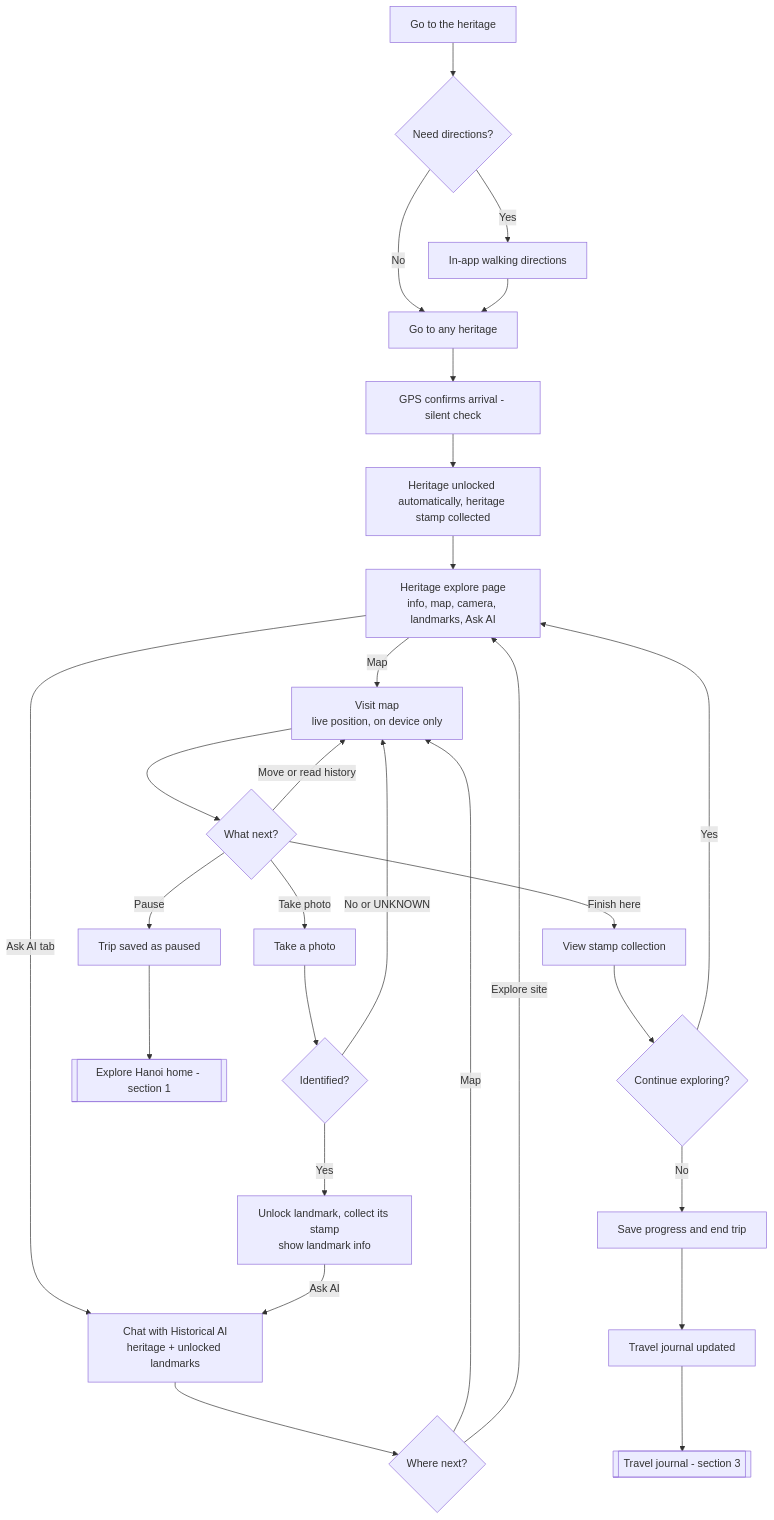
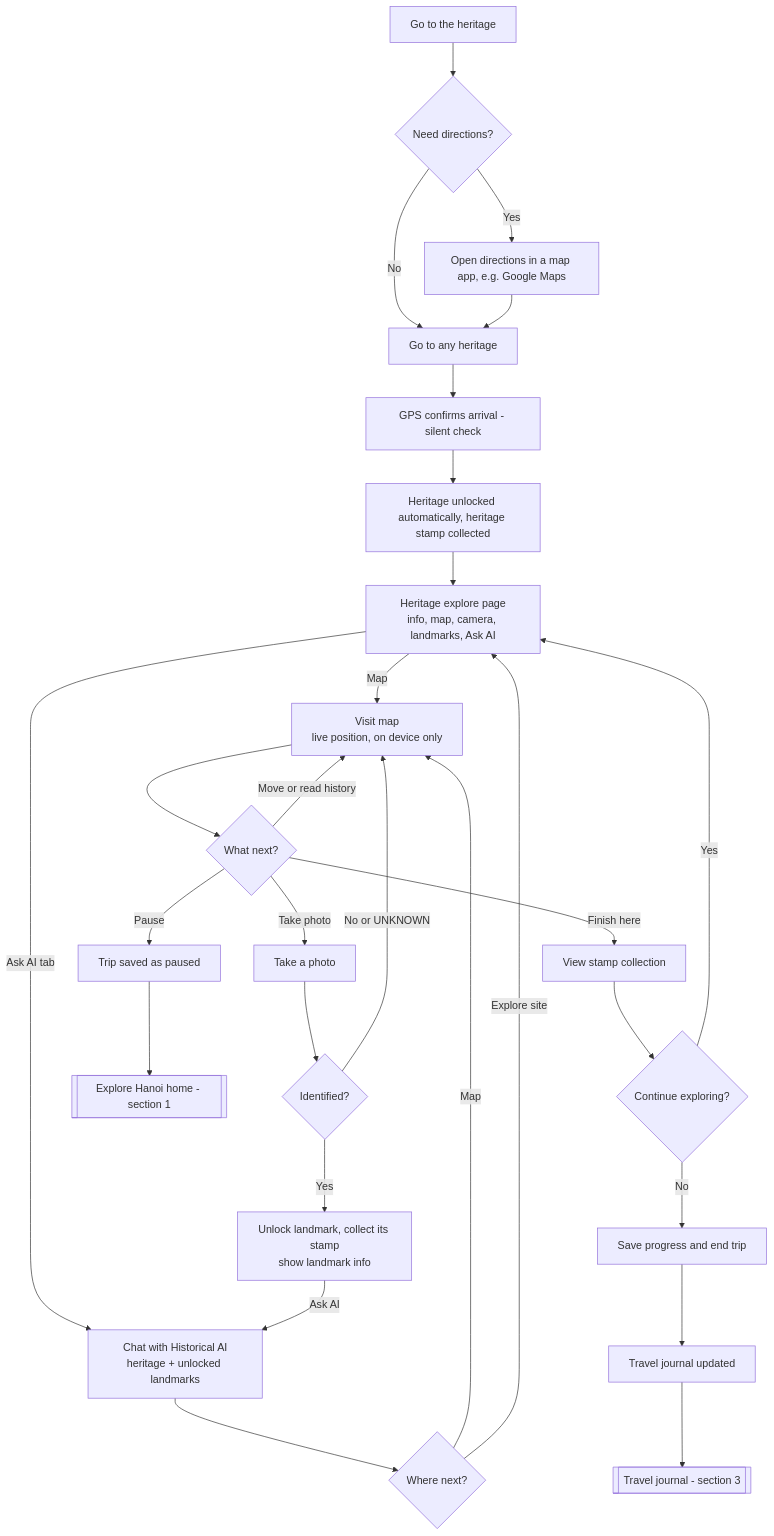
The second of 3 diagrams in docs/flows/user-flow.md (NMH1203/HanoiLens), drawn with Mermaid before and after one commit. The commit also changed other lines of this file and 18 other files, not shown here.

First line of the commit message:
docs: external map directions (ADR 013), use case diagram, team roles

````diff
--- a/docs/flows/user-flow.md
+++ b/docs/flows/user-flow.md
@@ -64,31 +64,31 @@
 ```mermaid
 flowchart TD
     GOTO[Go to the heritage] --> DIR{Need directions?}
-    DIR -- Yes --> ROUTE[In-app walking directions]
+    DIR -- Yes --> ROUTE[Open directions in a map app, e.g. Google Maps]
     DIR -- No --> TRAVEL[Go to any heritage]
     ROUTE --> TRAVEL
     TRAVEL --> ARRIVE[GPS confirms arrival - silent check]
     ARRIVE --> UNLOCK[Heritage unlocked automatically, heritage stamp collected]
     UNLOCK --> SITE["Heritage explore page<br/>info, map, camera, landmarks, Ask AI"]
     SITE -- Map --> VISITMAP["Visit map<br/>live position, on device only"]
     SITE -- Ask AI tab --> ASK
 
     VISITMAP --> NEXT{What next?}
     NEXT -- Move or read history --> VISITMAP
     NEXT -- Take photo --> PHOTO[Take a photo]
     PHOTO --> IDENT{Identified?}
     IDENT -- No or UNKNOWN --> VISITMAP
     IDENT -- Yes --> RESULT["Unlock landmark, collect its stamp<br/>show landmark info"]
     RESULT -- Ask AI --> ASK["Chat with Historical AI<br/>heritage + unlocked landmarks"]
     ASK --> WHERE{Where next?}
     WHERE -- Map --> VISITMAP
     WHERE -- Explore site --> SITE
     NEXT -- Pause --> PAUSE[Trip saved as paused]
     PAUSE --> EXPLORE[[Explore Hanoi home - section 1]]
     NEXT -- Finish here --> STAMP[View stamp collection]
     STAMP --> CONT{Continue exploring?}
     CONT -- Yes --> SITE
     CONT -- No --> SAVE[Save progress and end trip]
     SAVE --> UPDATE[Travel journal updated]
     UPDATE --> JOURNAL[[Travel journal - section 3]]
 ```
````
